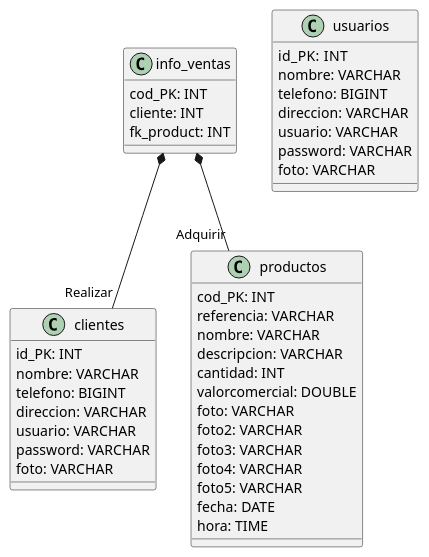
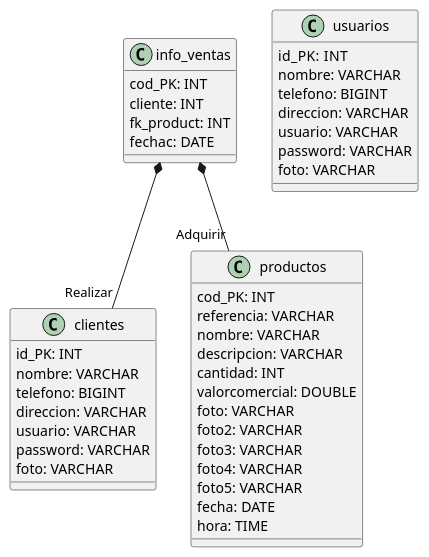
The diagram in Mapasdenavegación/Diseño_basededatos.wsd (equipode/Tu_casa_ciclista), drawn with PlantUML before and after one commit. The commit also changed 1 other file, not shown here.

```diff
--- a/Mapasdenavegación/Diseño_basededatos.wsd
+++ b/Mapasdenavegación/Diseño_basededatos.wsd
@@ -1,50 +1,51 @@
 @startuml Tienda_ciclista
 
 Class clientes{
    id_PK: INT 
    nombre: VARCHAR 
    telefono: BIGINT
    direccion: VARCHAR
    usuario: VARCHAR
    password: VARCHAR
    foto: VARCHAR
 }
 
 Class productos{
    cod_PK: INT 
    referencia: VARCHAR
    nombre: VARCHAR
    descripcion: VARCHAR
    cantidad: INT
    valorcomercial: DOUBLE
    foto: VARCHAR
    foto2: VARCHAR
    foto3: VARCHAR
    foto4: VARCHAR
    foto5: VARCHAR
    fecha: DATE 
    hora: TIME 
 }
 
 Class info_ventas{
    cod_PK: INT
    cliente: INT
    fk_product: INT
+   fechac: DATE
    
 }
 
 Class usuarios{
    id_PK:  INT 
    nombre: VARCHAR 
    telefono: BIGINT
    direccion: VARCHAR
    usuario: VARCHAR
    password: VARCHAR
    foto: VARCHAR
 }
 
 
 info_ventas *-- "Realizar" clientes
 info_ventas  *-- "Adquirir" productos
 
 @enduml
```
